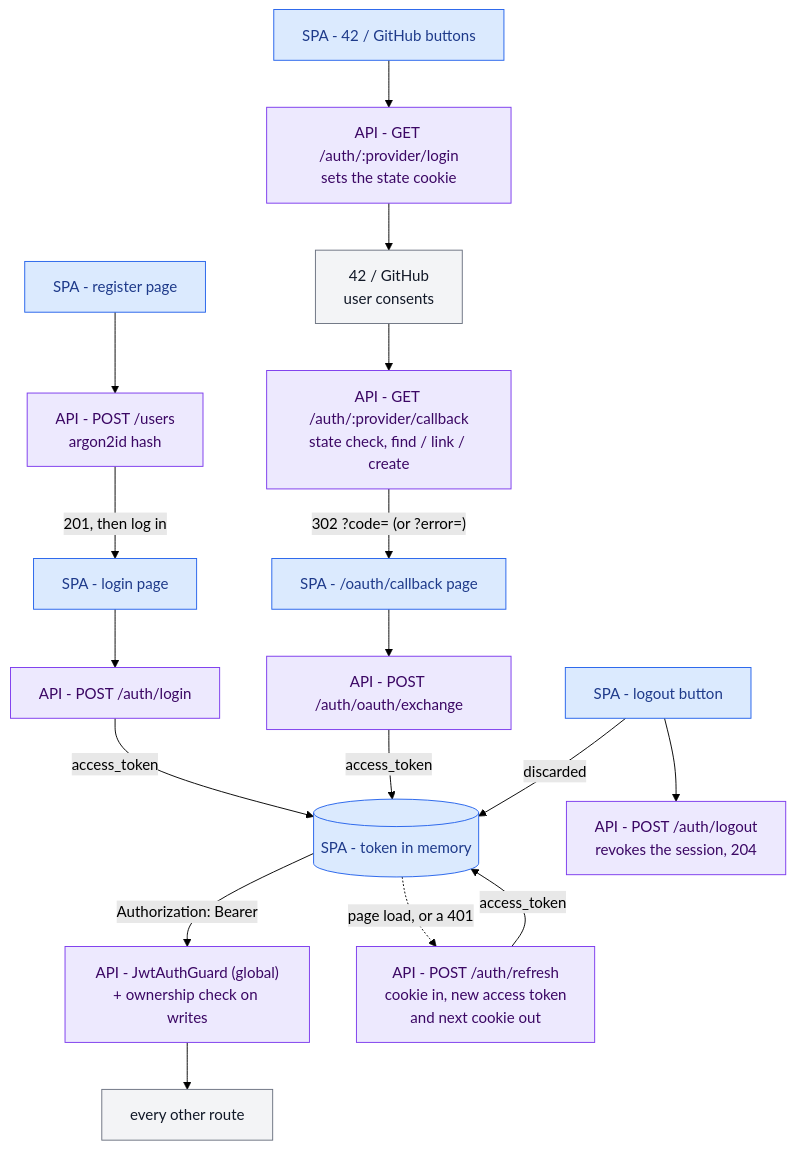
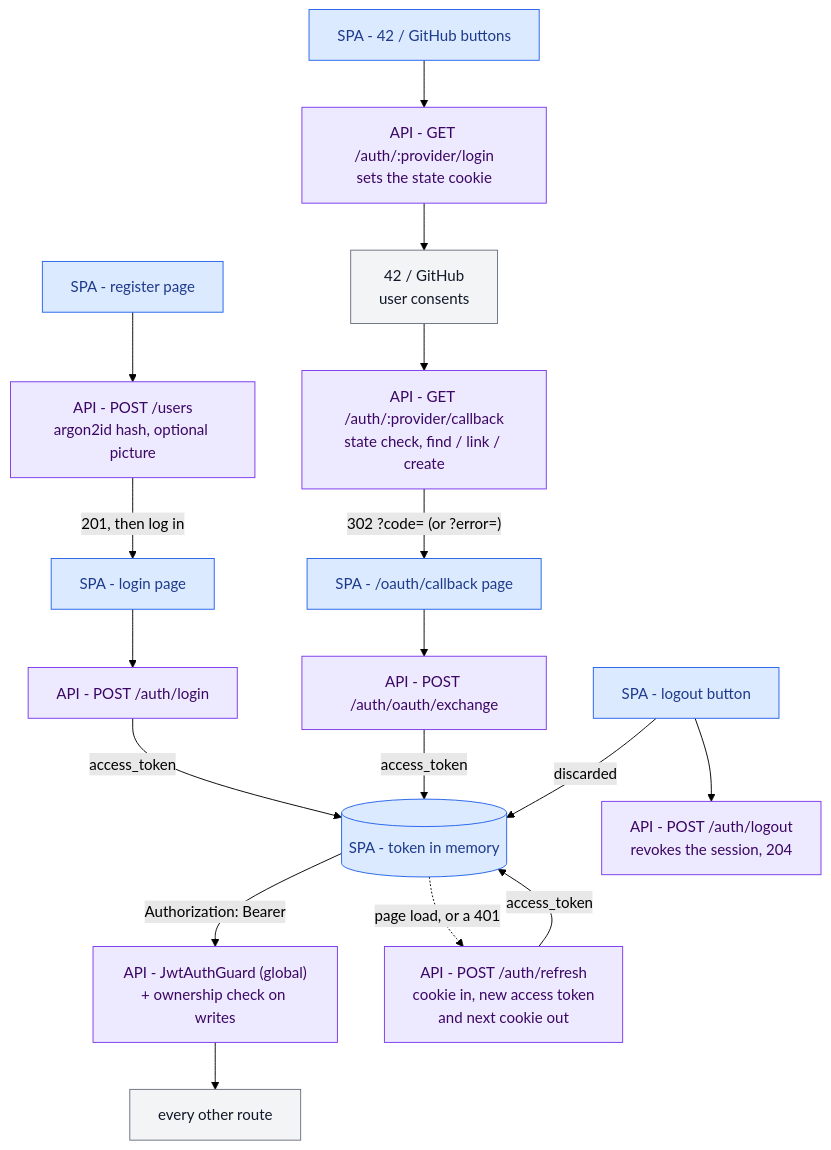
One commit to kidp8479/42_hypertube changed the first of 15 diagrams in docs/diagrams/auth.md. Above: the diagram before and after it, drawn with Mermaid (forest theme). The commit also changed other lines of this file and 8 other files, not shown here.

Commit message:
docs(HYP-38): ADR-0016 on hosted pictures, diagrams, defense docs

````diff
--- a/docs/diagrams/auth.md
+++ b/docs/diagrams/auth.md
@@ -20,29 +20,29 @@
 ```mermaid
 flowchart TD
-    reg["SPA - register page"] --> postUsers["API - POST /users<br/>argon2id hash"]
+    reg["SPA - register page"] --> postUsers["API - POST /users<br/>argon2id hash, optional picture"]
     postUsers -- "201, then log in" --> login["SPA - login page"]
     login --> postLogin["API - POST /auth/login"]
 
     btns["SPA - 42 / GitHub buttons"] --> oLogin["API - GET /auth/:provider/login<br/>sets the state cookie"]
     oLogin --> prov["42 / GitHub<br/>user consents"]
     prov --> oCb["API - GET /auth/:provider/callback<br/>state check, find / link / create"]
     oCb -- "302 ?code= (or ?error=)" --> cbpage["SPA - /oauth/callback page"]
     cbpage --> exch["API - POST /auth/oauth/exchange"]
 
     postLogin -- "access_token" --> token[("SPA - token in memory")]
     exch -- "access_token" --> token
     token -- "Authorization: Bearer" --> jwt["API - JwtAuthGuard (global)<br/>+ ownership check on writes"]
     jwt --> routes["every other route"]
     token -. "page load, or a 401" .-> refresh["API - POST /auth/refresh<br/>cookie in, new access token<br/>and next cookie out"]
     refresh -- "access_token" --> token
 
     out["SPA - logout button"] --> postLogout["API - POST /auth/logout<br/>revokes the session, 204"]
     out -- "discarded" --> token
 
     classDef spa fill:#dbeafe,stroke:#2563eb,color:#1e3a8a
     classDef api fill:#ede9fe,stroke:#7c3aed,color:#3b0764
     classDef ext fill:#f3f4f6,stroke:#6b7280,color:#111827
     class reg,login,btns,cbpage,token,out spa
     class postUsers,postLogin,oLogin,oCb,exch,jwt,postLogout,refresh api
     class prov,routes ext
 ```
````
